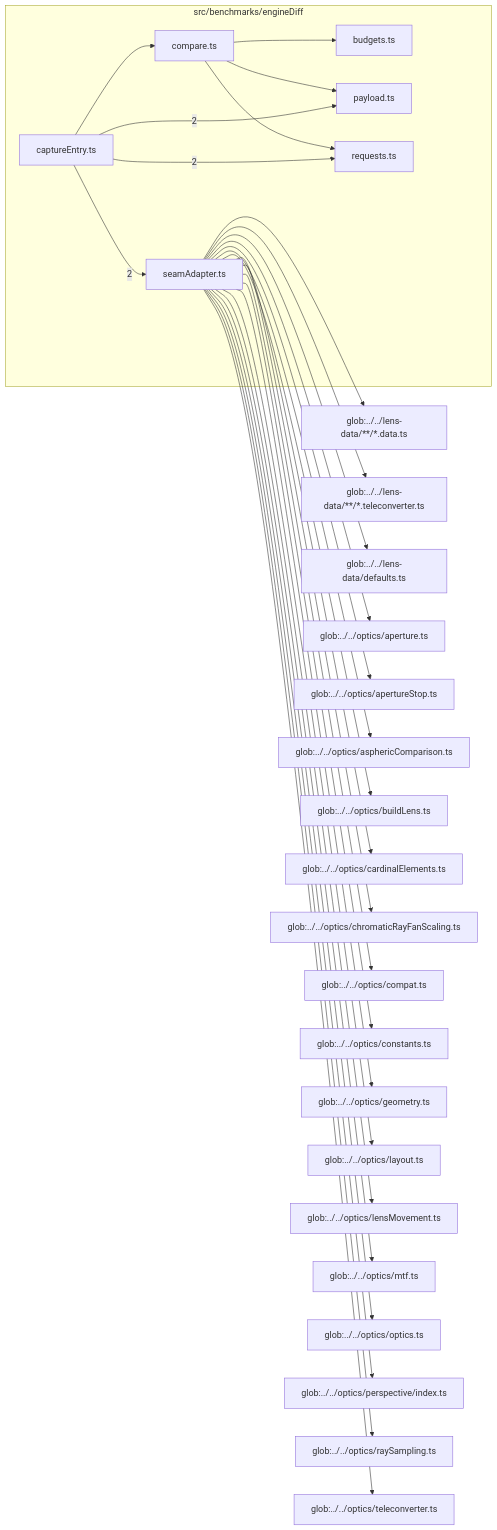
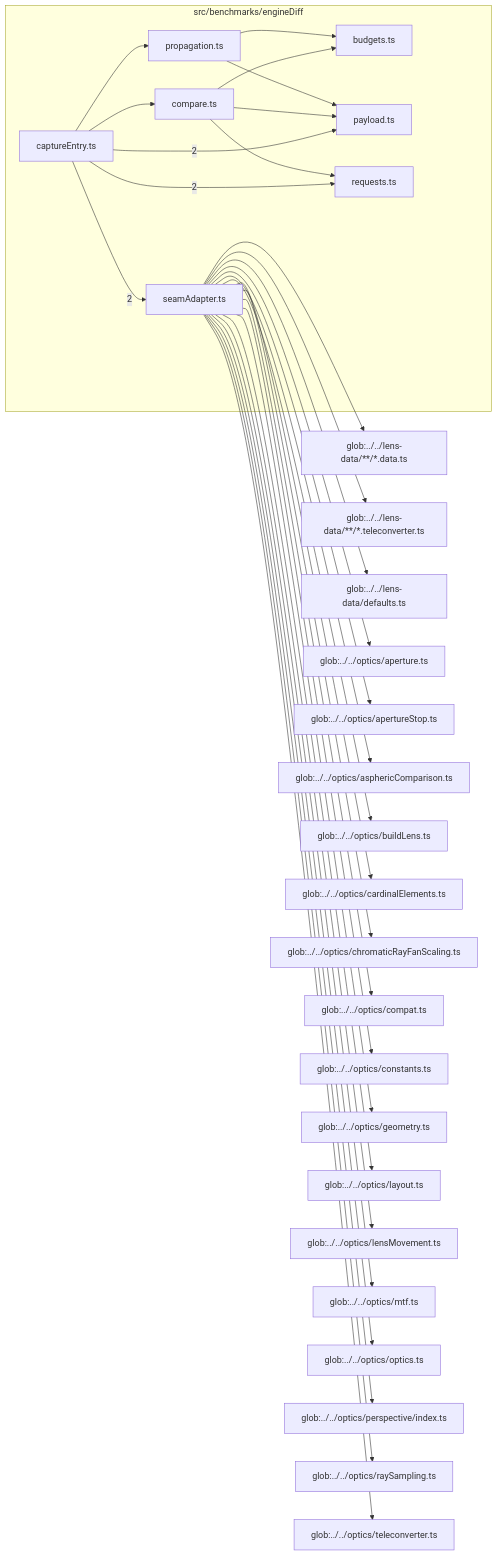
The diagram in src/benchmarks/engineDiff/readme.md (BeamFour/LensVisualizer), drawn with Mermaid before and after one commit. The commit also changed other lines of this file and 13 other files, not shown here.

````diff
--- a/src/benchmarks/engineDiff/readme.md
+++ b/src/benchmarks/engineDiff/readme.md
@@ -9,56 +9,60 @@
 ```mermaid
 flowchart LR
   subgraph n_src_benchmarks_engineDiff["src/benchmarks/engineDiff"]
     n_src_benchmarks_engineDiff_src_benchmarks_engineDiff_budgets_ts["budgets.ts"]
     n_src_benchmarks_engineDiff_src_benchmarks_engineDiff_captureEntry_ts["captureEntry.ts"]
     n_src_benchmarks_engineDiff_src_benchmarks_engineDiff_compare_ts["compare.ts"]
     n_src_benchmarks_engineDiff_src_benchmarks_engineDiff_payload_ts["payload.ts"]
+    n_src_benchmarks_engineDiff_src_benchmarks_engineDiff_propagation_ts["propagation.ts"]
     n_src_benchmarks_engineDiff_src_benchmarks_engineDiff_requests_ts["requests.ts"]
     n_src_benchmarks_engineDiff_src_benchmarks_engineDiff_seamAdapter_ts["seamAdapter.ts"]
   end
   n_external_glob_______lens_data______data_ts["glob:../../lens-data/**/*.data.ts"]
   n_external_glob_______lens_data______teleconverter_ts["glob:../../lens-data/**/*.teleconverter.ts"]
   n_external_glob_______lens_data_defaults_ts["glob:../../lens-data/defaults.ts"]
   n_external_glob_______optics_aperture_ts["glob:../../optics/aperture.ts"]
   n_external_glob_______optics_apertureStop_ts["glob:../../optics/apertureStop.ts"]
   n_external_glob_______optics_asphericComparison_ts["glob:../../optics/asphericComparison.ts"]
   n_external_glob_______optics_buildLens_ts["glob:../../optics/buildLens.ts"]
   n_external_glob_______optics_cardinalElements_ts["glob:../../optics/cardinalElements.ts"]
   n_external_glob_______optics_chromaticRayFanScaling_ts["glob:../../optics/chromaticRayFanScaling.ts"]
   n_external_glob_______optics_compat_ts["glob:../../optics/compat.ts"]
   n_external_glob_______optics_constants_ts["glob:../../optics/constants.ts"]
   n_external_glob_______optics_geometry_ts["glob:../../optics/geometry.ts"]
   n_external_glob_______optics_layout_ts["glob:../../optics/layout.ts"]
   n_external_glob_______optics_lensMovement_ts["glob:../../optics/lensMovement.ts"]
   n_external_glob_______optics_mtf_ts["glob:../../optics/mtf.ts"]
   n_external_glob_______optics_optics_ts["glob:../../optics/optics.ts"]
   n_external_glob_______optics_perspective_index_ts["glob:../../optics/perspective/index.ts"]
   n_external_glob_______optics_raySampling_ts["glob:../../optics/raySampling.ts"]
   n_external_glob_______optics_teleconverter_ts["glob:../../optics/teleconverter.ts"]
   n_src_benchmarks_engineDiff_src_benchmarks_engineDiff_captureEntry_ts --> |2| n_src_benchmarks_engineDiff_src_benchmarks_engineDiff_payload_ts
   n_src_benchmarks_engineDiff_src_benchmarks_engineDiff_captureEntry_ts --> |2| n_src_benchmarks_engineDiff_src_benchmarks_engineDiff_requests_ts
   n_src_benchmarks_engineDiff_src_benchmarks_engineDiff_captureEntry_ts --> |2| n_src_benchmarks_engineDiff_src_benchmarks_engineDiff_seamAdapter_ts
   n_src_benchmarks_engineDiff_src_benchmarks_engineDiff_seamAdapter_ts --> n_external_glob_______lens_data______data_ts
   n_src_benchmarks_engineDiff_src_benchmarks_engineDiff_seamAdapter_ts --> n_external_glob_______lens_data______teleconverter_ts
   n_src_benchmarks_engineDiff_src_benchmarks_engineDiff_seamAdapter_ts --> n_external_glob_______lens_data_defaults_ts
   n_src_benchmarks_engineDiff_src_benchmarks_engineDiff_seamAdapter_ts --> n_external_glob_______optics_aperture_ts
   n_src_benchmarks_engineDiff_src_benchmarks_engineDiff_seamAdapter_ts --> n_external_glob_______optics_apertureStop_ts
   n_src_benchmarks_engineDiff_src_benchmarks_engineDiff_seamAdapter_ts --> n_external_glob_______optics_asphericComparison_ts
   n_src_benchmarks_engineDiff_src_benchmarks_engineDiff_seamAdapter_ts --> n_external_glob_______optics_buildLens_ts
   n_src_benchmarks_engineDiff_src_benchmarks_engineDiff_seamAdapter_ts --> n_external_glob_______optics_cardinalElements_ts
   n_src_benchmarks_engineDiff_src_benchmarks_engineDiff_seamAdapter_ts --> n_external_glob_______optics_chromaticRayFanScaling_ts
   n_src_benchmarks_engineDiff_src_benchmarks_engineDiff_seamAdapter_ts --> n_external_glob_______optics_compat_ts
   n_src_benchmarks_engineDiff_src_benchmarks_engineDiff_seamAdapter_ts --> n_external_glob_______optics_constants_ts
   n_src_benchmarks_engineDiff_src_benchmarks_engineDiff_seamAdapter_ts --> n_external_glob_______optics_geometry_ts
   n_src_benchmarks_engineDiff_src_benchmarks_engineDiff_seamAdapter_ts --> n_external_glob_______optics_layout_ts
   n_src_benchmarks_engineDiff_src_benchmarks_engineDiff_seamAdapter_ts --> n_external_glob_______optics_lensMovement_ts
   n_src_benchmarks_engineDiff_src_benchmarks_engineDiff_seamAdapter_ts --> n_external_glob_______optics_mtf_ts
   n_src_benchmarks_engineDiff_src_benchmarks_engineDiff_seamAdapter_ts --> n_external_glob_______optics_optics_ts
   n_src_benchmarks_engineDiff_src_benchmarks_engineDiff_seamAdapter_ts --> n_external_glob_______optics_perspective_index_ts
   n_src_benchmarks_engineDiff_src_benchmarks_engineDiff_seamAdapter_ts --> n_external_glob_______optics_raySampling_ts
   n_src_benchmarks_engineDiff_src_benchmarks_engineDiff_seamAdapter_ts --> n_external_glob_______optics_teleconverter_ts
   n_src_benchmarks_engineDiff_src_benchmarks_engineDiff_compare_ts --> n_src_benchmarks_engineDiff_src_benchmarks_engineDiff_budgets_ts
+  n_src_benchmarks_engineDiff_src_benchmarks_engineDiff_propagation_ts --> n_src_benchmarks_engineDiff_src_benchmarks_engineDiff_budgets_ts
   n_src_benchmarks_engineDiff_src_benchmarks_engineDiff_captureEntry_ts --> n_src_benchmarks_engineDiff_src_benchmarks_engineDiff_compare_ts
   n_src_benchmarks_engineDiff_src_benchmarks_engineDiff_compare_ts --> n_src_benchmarks_engineDiff_src_benchmarks_engineDiff_payload_ts
+  n_src_benchmarks_engineDiff_src_benchmarks_engineDiff_propagation_ts --> n_src_benchmarks_engineDiff_src_benchmarks_engineDiff_payload_ts
+  n_src_benchmarks_engineDiff_src_benchmarks_engineDiff_captureEntry_ts --> n_src_benchmarks_engineDiff_src_benchmarks_engineDiff_propagation_ts
   n_src_benchmarks_engineDiff_src_benchmarks_engineDiff_compare_ts --> n_src_benchmarks_engineDiff_src_benchmarks_engineDiff_requests_ts
 ```
````
